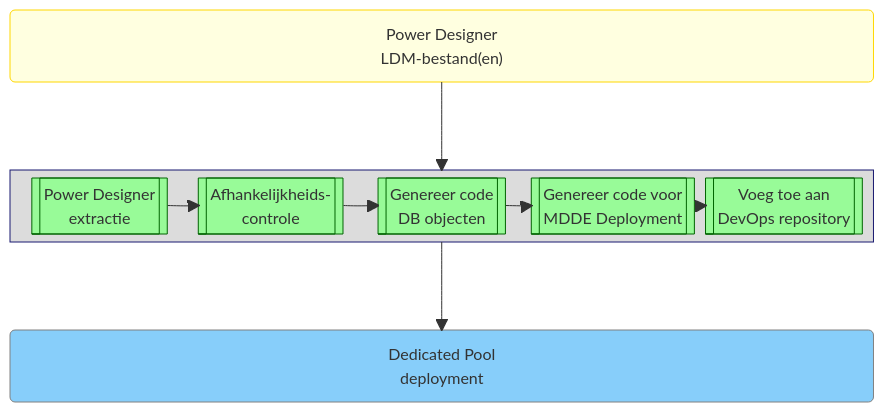
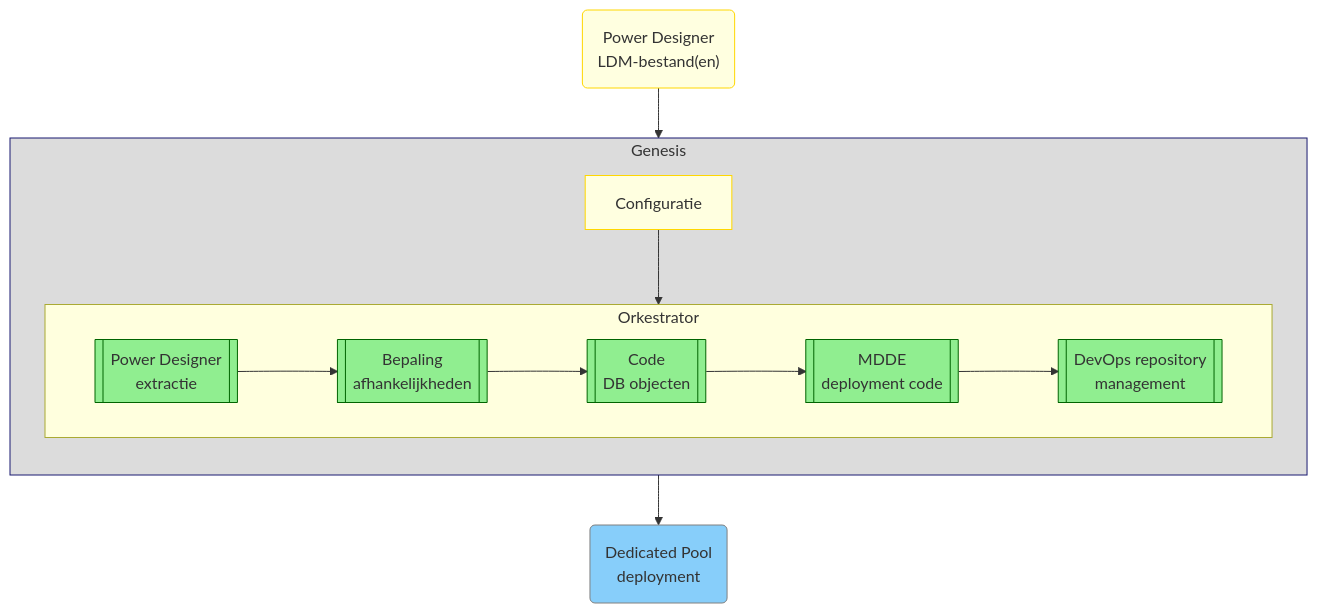
One commit to mark-me/temp changed the diagram in etl_templates/docs/index.md. Above: the diagram before and after it, drawn with Mermaid. The commit also changed other lines of this file and 1 other file, not shown here.

````diff
--- a/etl_templates/docs/index.md
+++ b/etl_templates/docs/index.md
@@ -9,28 +9,35 @@
 ```mermaid
-block-beta
-columns 1
+graph
     PDDocument("Power Designer<br>LDM-bestand(en)")
-    space
-    block:Orchestrator
-        RETW[["Power Designer<br>extractie"]]
-        Dependency[["Afhankelijkheids-<br>controle"]]
-        Generator[["Genereer code<br>DB objecten"]]
-        DeployMDDE[["Genereer code voor<br>MDDE Deployment"]]
-        RepositoryHandler[["Voeg toe aan<br>DevOps repository"]]
+
+    subgraph Genesis
+    direction TB
+    Configuratie
+        subgraph Orkestrator
+        direction LR
+            RETW[["Power Designer<br>extractie"]]
+            Dependency[["Bepaling<br>afhankelijkheden"]]
+            Generator[["Code<br>DB objecten"]]
+            DeployMDDE[["MDDE<br>deployment code"]]
+            RepositoryHandler[["DevOps repository<br>management"]]
+        end
     end
-    space
     DedicatedPool("Dedicated Pool<br>deployment")
-    PDDocument --> Orchestrator
+    PDDocument --> Genesis
+    Genesis --> DedicatedPool
+
+    Configuratie --> Orkestrator
+
     RETW --> Dependency
     Dependency --> Generator
     Generator --> DeployMDDE
     DeployMDDE --> RepositoryHandler
-    Orchestrator --> DedicatedPool
 
     style PDDocument fill:#FFFFE0,stroke:#FFD700;
+    style Configuratie fill:#FFFFE0,stroke:#FFD700;
     style DedicatedPool fill:#87CEFA,stroke:#808080;
-    style Orchestrator fill:#DCDCDC,stroke:#191970;
+    style Genesis fill:#DCDCDC,stroke:#191970;
 
-    classDef genesis fill:#98FB98,stroke:#006400;
-    class RETW,Dependency,Generator,DeployMDDE,RepositoryHandler genesis
+    classDef functional fill:#90EE90,stroke:#006400;
+    class RETW,Dependency,Generator,DeployMDDE,RepositoryHandler functional
 ```
````
